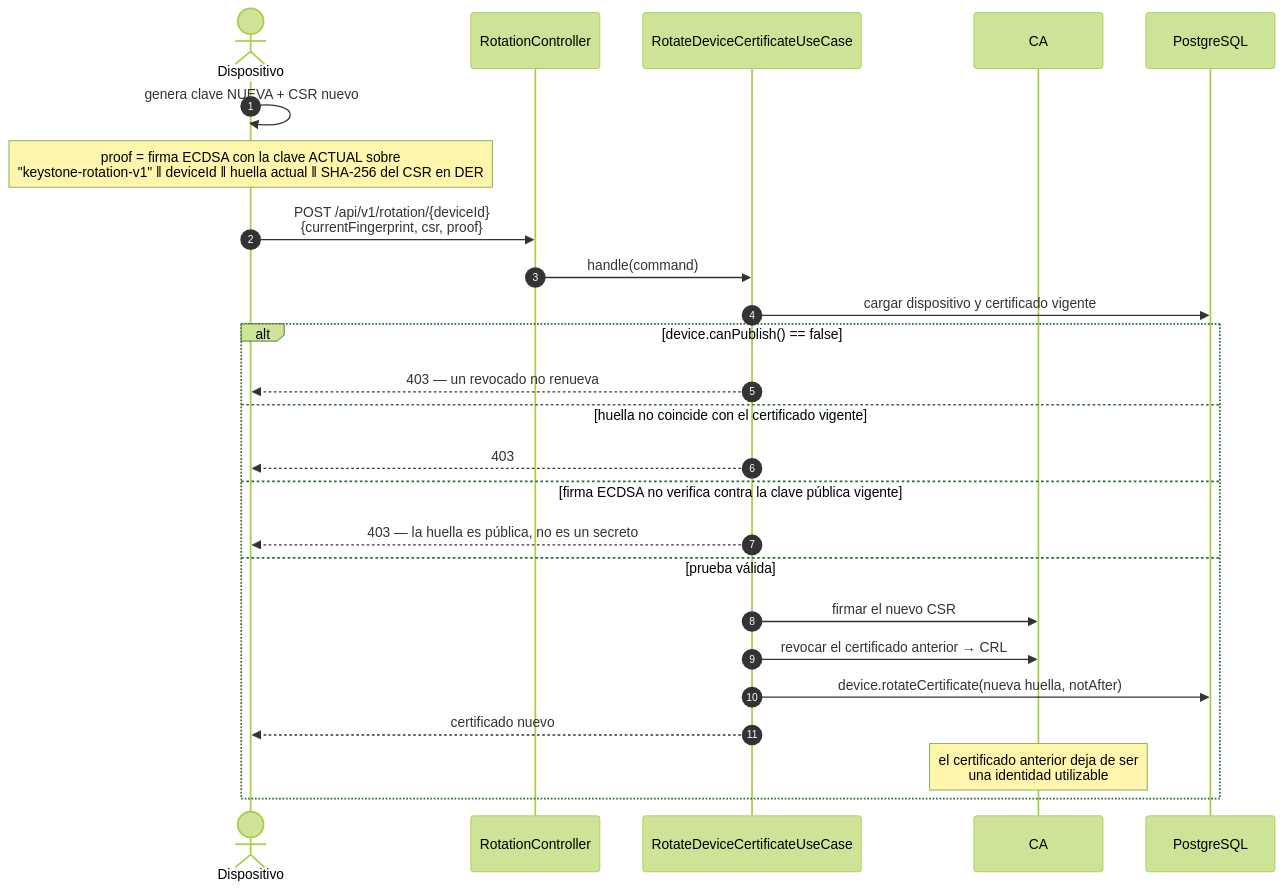
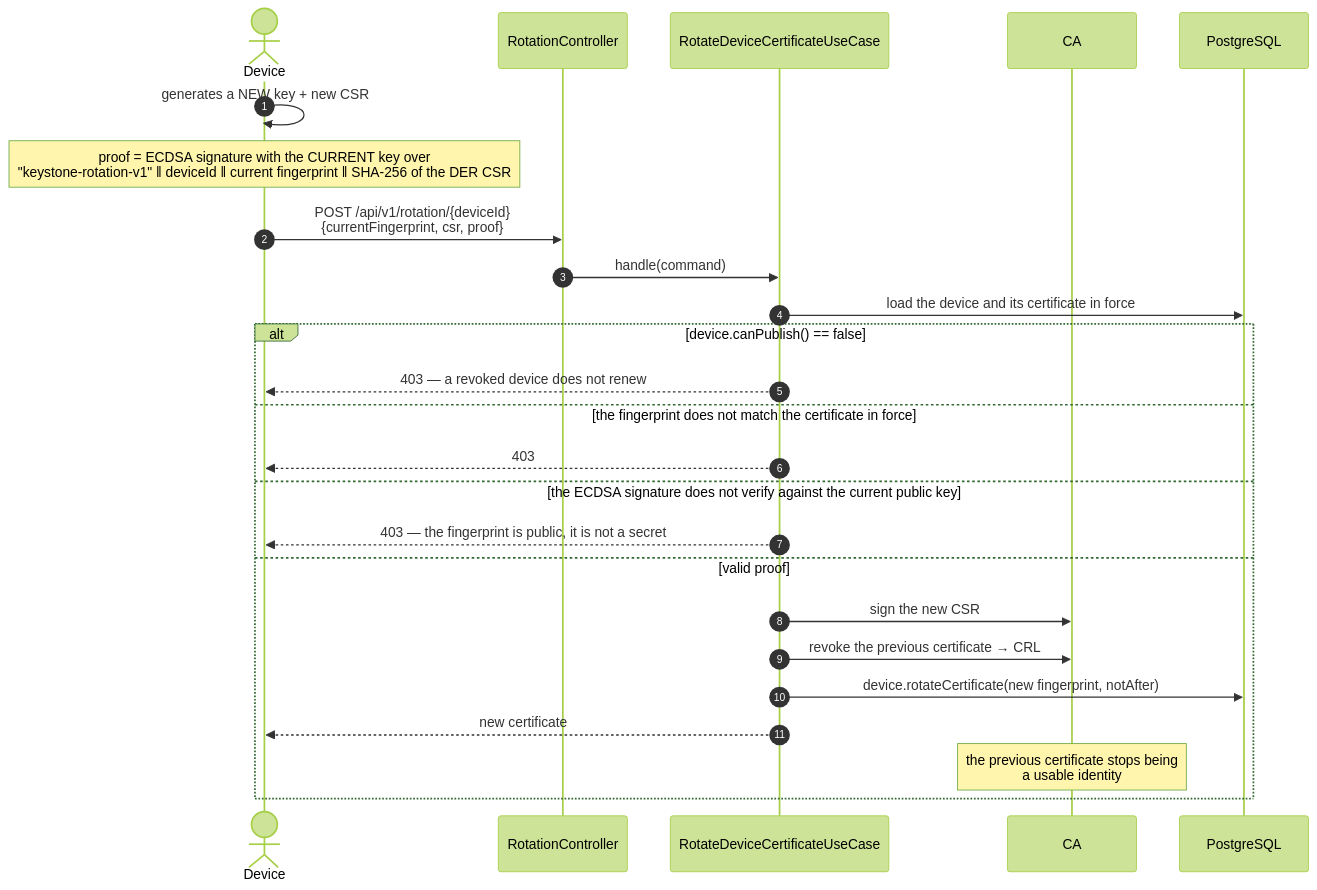
Before and after one commit to Zoel-Manchon/keystone-control-plane: the eighth of 9 diagrams in README.md, drawn with Mermaid (forest theme). The commit also changed other lines of this file, not shown here.

First line of the commit message:
docs: rewrite the README in English, around the architecture

````diff
--- a/README.md
+++ b/README.md
@@ -340,29 +367,29 @@
 ```mermaid
 sequenceDiagram
     autonumber
-    actor DEV as Dispositivo
+    actor DEV as Device
     participant API as RotationController
     participant UC as RotateDeviceCertificateUseCase
     participant CA as CA
     participant DB as PostgreSQL
 
-    DEV->>DEV: genera clave NUEVA + CSR nuevo
-    Note over DEV: proof = firma ECDSA con la clave ACTUAL sobre<br/>"keystone-rotation-v1" ‖ deviceId ‖ huella actual ‖ SHA-256 del CSR en DER
+    DEV->>DEV: generates a NEW key + new CSR
+    Note over DEV: proof = ECDSA signature with the CURRENT key over<br/>"keystone-rotation-v1" ‖ deviceId ‖ current fingerprint ‖ SHA-256 of the DER CSR
     DEV->>API: POST /api/v1/rotation/{deviceId}<br/>{currentFingerprint, csr, proof}
     API->>UC: handle(command)
 
-    UC->>DB: cargar dispositivo y certificado vigente
+    UC->>DB: load the device and its certificate in force
     alt device.canPublish() == false
-        UC-->>DEV: 403 — un revocado no renueva
-    else huella no coincide con el certificado vigente
+        UC-->>DEV: 403 — a revoked device does not renew
+    else the fingerprint does not match the certificate in force
         UC-->>DEV: 403
-    else firma ECDSA no verifica contra la clave pública vigente
-        UC-->>DEV: 403 — la huella es pública, no es un secreto
-    else prueba válida
-        UC->>CA: firmar el nuevo CSR
-        UC->>CA: revocar el certificado anterior → CRL
-        UC->>DB: device.rotateCertificate(nueva huella, notAfter)
-        UC-->>DEV: certificado nuevo
-        Note over CA: el certificado anterior deja de ser<br/>una identidad utilizable
+    else the ECDSA signature does not verify against the current public key
+        UC-->>DEV: 403 — the fingerprint is public, it is not a secret
+    else valid proof
+        UC->>CA: sign the new CSR
+        UC->>CA: revoke the previous certificate → CRL
+        UC->>DB: device.rotateCertificate(new fingerprint, notAfter)
+        UC-->>DEV: new certificate
+        Note over CA: the previous certificate stops being<br/>a usable identity
     end
 ```
````
